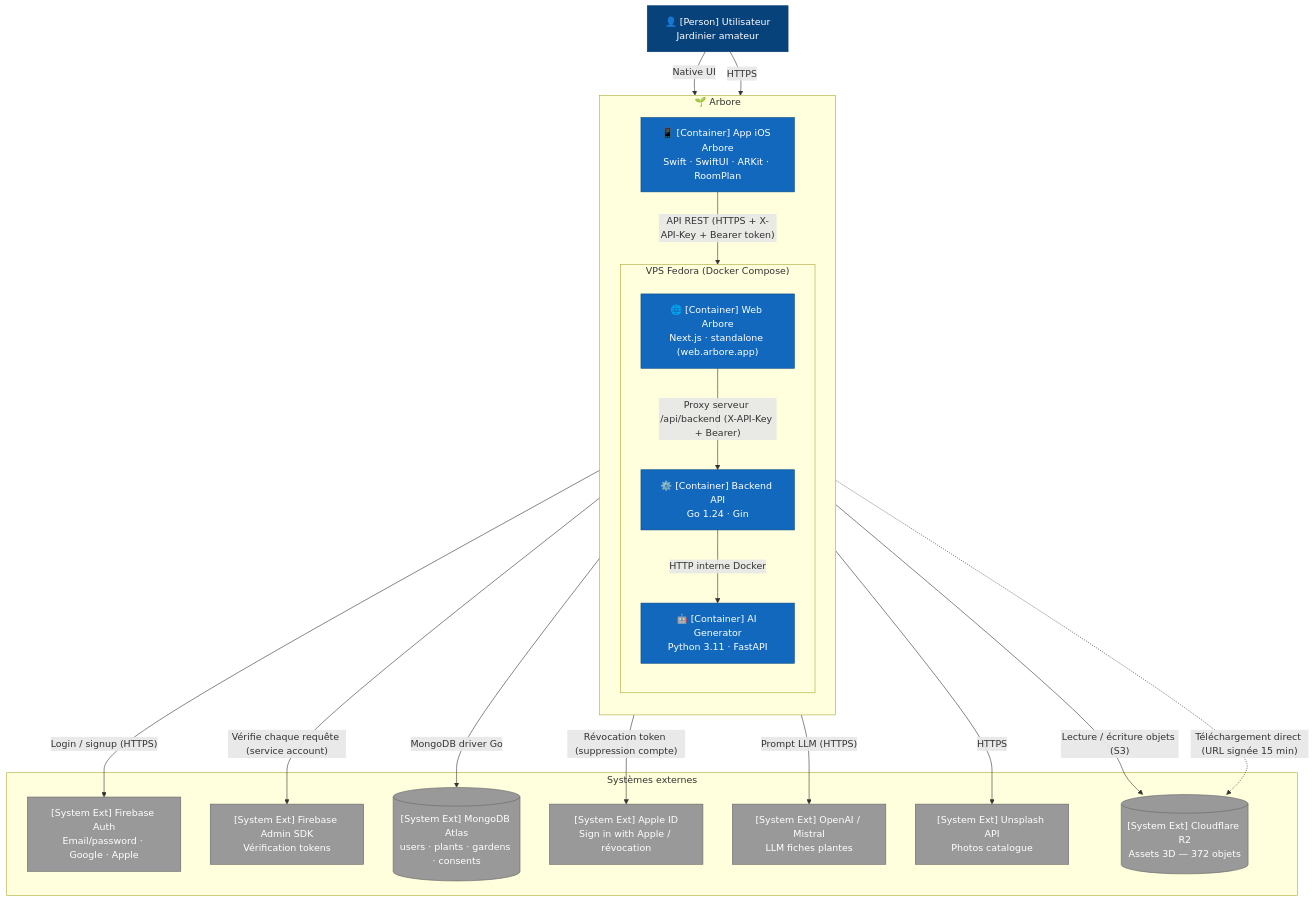
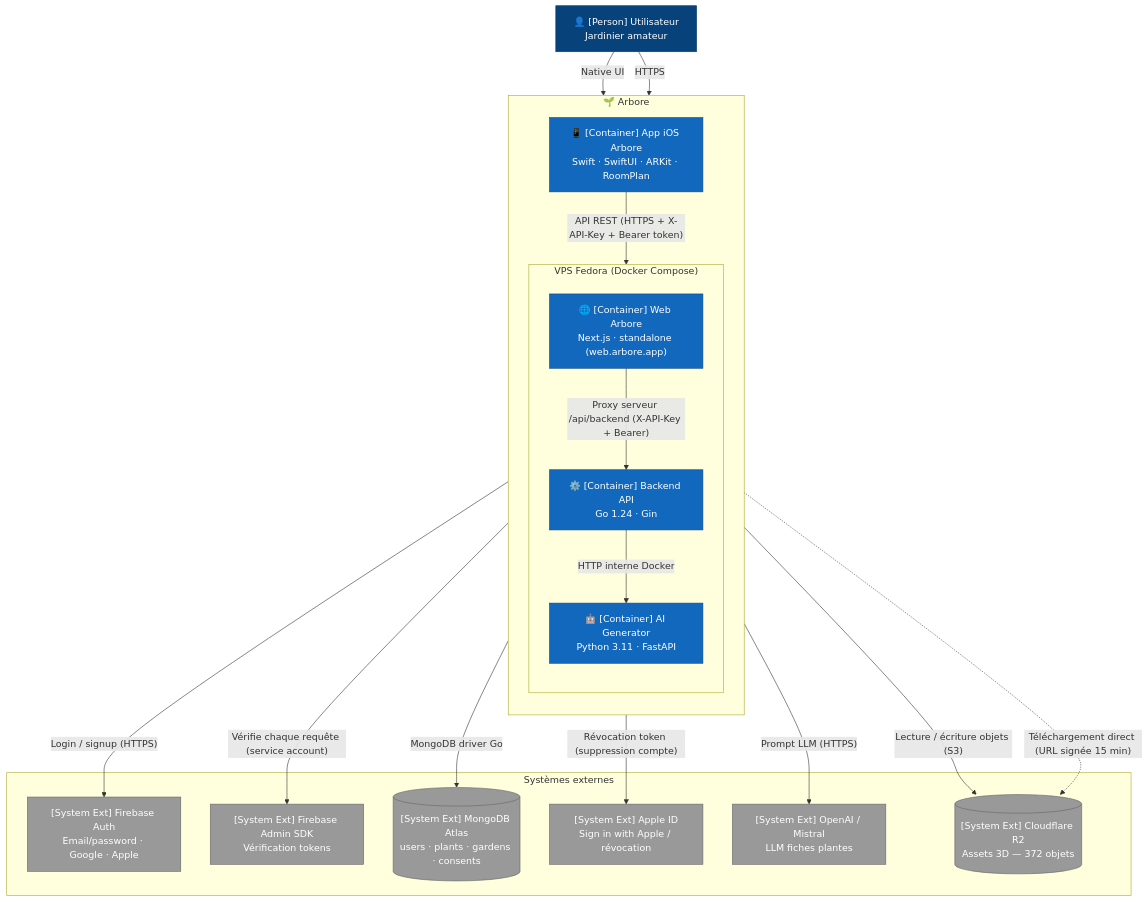
The diagram in docs/fr/architecture/02-containers.md (ArboreTeam/Arbore), drawn with Mermaid before and after one commit. The commit also changed other lines of this file and 35 other files, not shown here.

````diff
--- a/docs/fr/architecture/02-containers.md
+++ b/docs/fr/architecture/02-containers.md
@@ -11,49 +11,47 @@
 ```mermaid
 flowchart TB
     user["👤 [Person] Utilisateur<br/>Jardinier amateur"]
 
     subgraph arbore["🌱 Arbore"]
         direction TB
         ios["📱 [Container] App iOS Arbore<br/>Swift · SwiftUI · ARKit · RoomPlan"]
 
         subgraph vps["VPS Fedora (Docker Compose)"]
             direction TB
             web["🌐 [Container] Web Arbore<br/>Next.js · standalone (web.arbore.app)"]
             backend["⚙️ [Container] Backend API<br/>Go 1.24 · Gin"]
             ai["🤖 [Container] AI Generator<br/>Python 3.11 · FastAPI"]
         end
     end
 
     subgraph ext["Systèmes externes"]
         firebase_auth["[System Ext] Firebase Auth<br/>Email/password · Google · Apple"]
         firebase_admin["[System Ext] Firebase Admin SDK<br/>Vérification tokens"]
         mongo[("[System Ext] MongoDB Atlas<br/>users · plants · gardens · consents")]
         apple["[System Ext] Apple ID<br/>Sign in with Apple / révocation"]
         llm["[System Ext] OpenAI / Mistral<br/>LLM fiches plantes"]
-        unsplash["[System Ext] Unsplash API<br/>Photos catalogue"]
         r2[("[System Ext] Cloudflare R2<br/>Assets 3D — 372 objets")]
     end
 
     user -- "Native UI"  --> ios
     user -- "HTTPS"      --> web
 
     ios     -- "Login / signup (HTTPS)"                        --> firebase_auth
     ios     -- "API REST (HTTPS + X-API-Key + Bearer token)"   --> backend
     web     -- "Proxy serveur /api/backend (X-API-Key + Bearer)" --> backend
 
     backend -- "Vérifie chaque requête (service account)"      --> firebase_admin
     backend -- "MongoDB driver Go"                             --> mongo
     backend -- "Révocation token (suppression compte)"         --> apple
     backend -- "HTTP interne Docker"                           --> ai
-    backend -- "HTTPS"                                         --> unsplash
     backend -- "Lecture / écriture objets (S3)"                --> r2
     ios     -. "Téléchargement direct (URL signée 15 min)" .-> r2
     ai      -- "Prompt LLM (HTTPS)"                            --> llm
 
     classDef person   fill:#08427B,stroke:#073B6F,color:#fff
     classDef cont     fill:#1168BD,stroke:#0B4884,color:#fff
     classDef ext_node fill:#999,stroke:#666,color:#fff
     class user person
     class ios,web,backend,ai cont
-    class firebase_auth,firebase_admin,mongo,apple,llm,unsplash,r2 ext_node
+    class firebase_auth,firebase_admin,mongo,apple,llm,r2 ext_node
 ```
````
